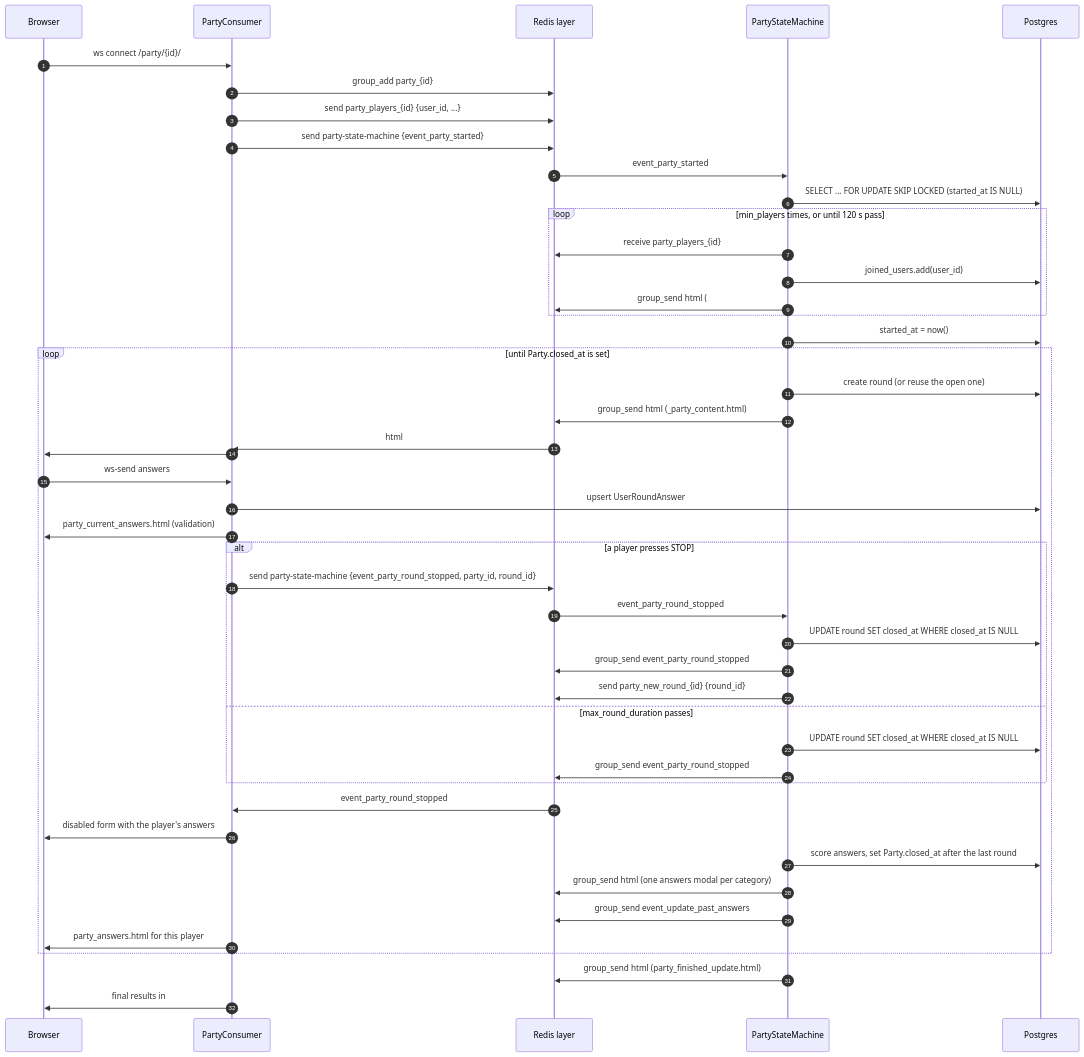
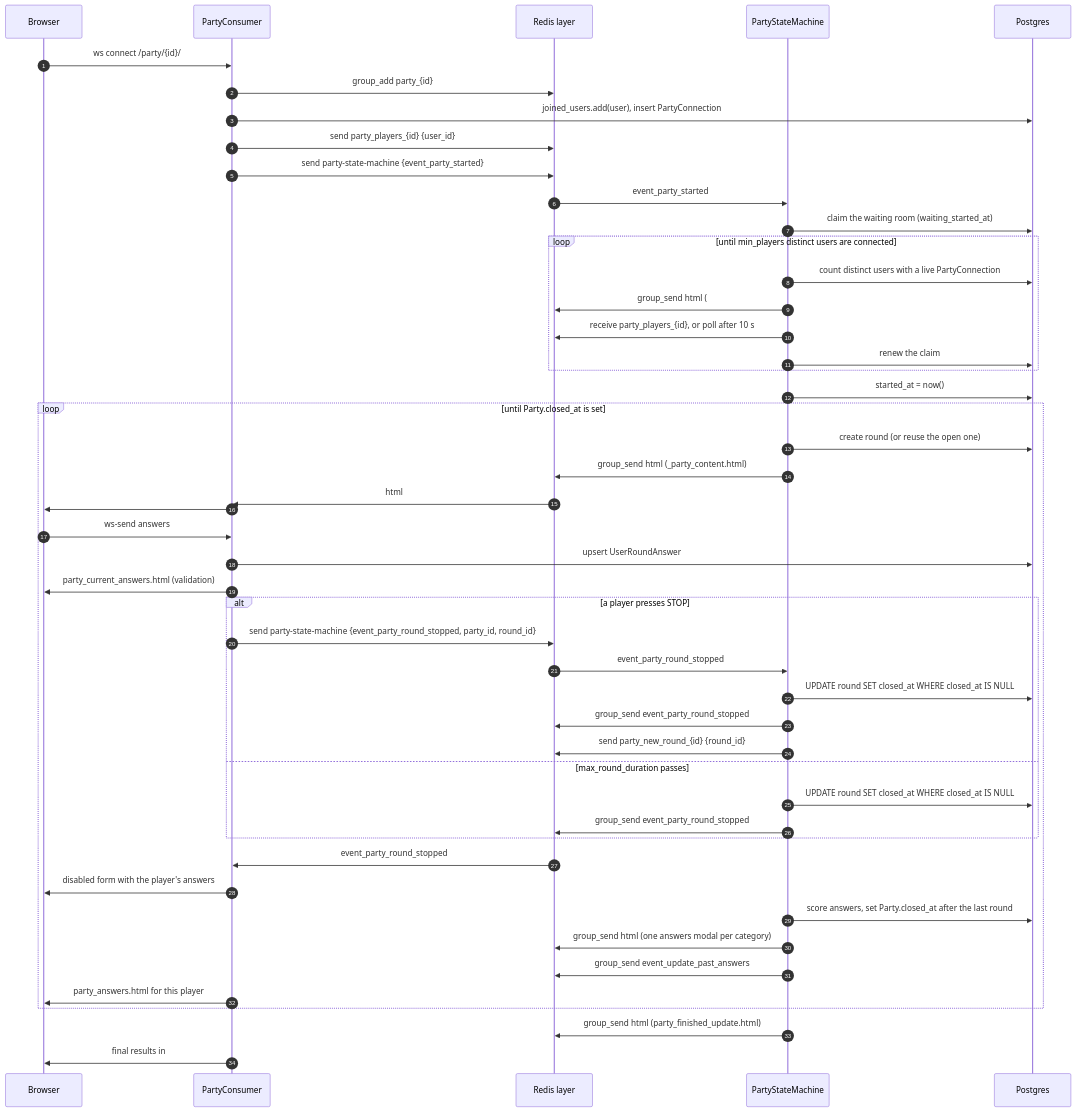
One commit to DanielGnzlzVll/AACX changed the second of 5 diagrams in docs/architecture.md. Above: the diagram before and after it, drawn with Mermaid. The commit also changed other lines of this file and 9 other files, not shown here.

First line of the commit message:
AACX-15: count distinct connected players in the waiting room (#56)

````diff
--- a/docs/architecture.md
+++ b/docs/architecture.md
@@ -137,49 +135,51 @@
 ```mermaid
 sequenceDiagram
     autonumber
     participant B as Browser
     participant C as PartyConsumer
     participant R as Redis layer
     participant SM as PartyStateMachine
     participant DB as Postgres
 
     B->>C: ws connect /party/{id}/
     C->>R: group_add party_{id}
-    C->>R: send party_players_{id} {user_id, ...}
+    C->>DB: joined_users.add(user), insert PartyConnection
+    C->>R: send party_players_{id} {user_id}
     C->>R: send party-state-machine {event_party_started}
     R->>SM: event_party_started
-    SM->>DB: SELECT ... FOR UPDATE SKIP LOCKED (started_at IS NULL)
-    loop min_players times, or until 120 s pass
-        SM->>R: receive party_players_{id}
-        SM->>DB: joined_users.add(user_id)
+    SM->>DB: claim the waiting room (waiting_started_at)
+    loop until min_players distinct users are connected
+        SM->>DB: count distinct users with a live PartyConnection
         SM->>R: group_send html (#party_content)
+        SM->>R: receive party_players_{id}, or poll after 10 s
+        SM->>DB: renew the claim
     end
     SM->>DB: started_at = now()
     loop until Party.closed_at is set
         SM->>DB: create round (or reuse the open one)
         SM->>R: group_send html (_party_content.html)
         R->>C: html
         C->>B: #party_past_answers, #party_current_answers, #party_reports
         B->>C: ws-send answers
         C->>DB: upsert UserRoundAnswer
         C->>B: party_current_answers.html (validation)
         alt a player presses STOP
             C->>R: send party-state-machine {event_party_round_stopped, party_id, round_id}
             R->>SM: event_party_round_stopped
             SM->>DB: UPDATE round SET closed_at WHERE closed_at IS NULL
             SM->>R: group_send event_party_round_stopped
             SM->>R: send party_new_round_{id} {round_id}
         else max_round_duration passes
             SM->>DB: UPDATE round SET closed_at WHERE closed_at IS NULL
             SM->>R: group_send event_party_round_stopped
         end
         R->>C: event_party_round_stopped
         C->>B: disabled form with the player's answers
         SM->>DB: score answers, set Party.closed_at after the last round
         SM->>R: group_send html (one answers modal per category)
         SM->>R: group_send event_update_past_answers
         C->>B: party_answers.html for this player
     end
     SM->>R: group_send html (party_finished_update.html)
     C->>B: final results in #party_current_answers and #party_reports
 ```
````
